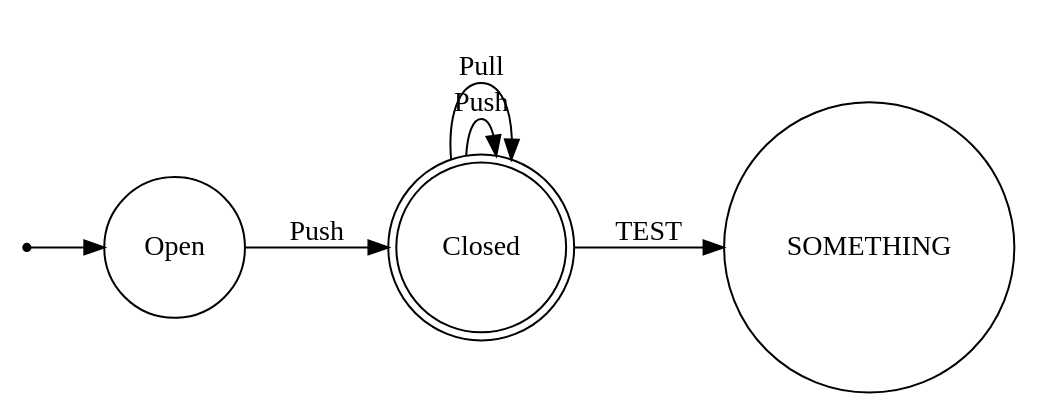
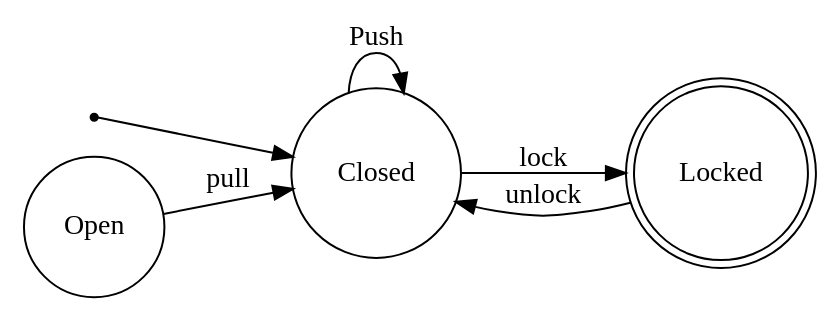
The diagram in bin/graph.gv (P4-Group2-Compiler/P4-State-Lang), drawn with Graphviz before and after one commit. The commit also changed 5 other files, not shown here.

```diff
--- a/bin/graph.gv
+++ b/bin/graph.gv
@@ -1,11 +1,11 @@
-digraph M {
+digraph Door {
  rankdir = LR;
  node [shape = circle;];
  null [shape = point;];
-null -> Open;
-Open -> Closed [label="Push"];
+null -> Closed;
 Closed -> Closed [label="Push"];
-Closed -> Closed [label="Pull"];
-Closed -> SOMETHING [label="TEST"];
-Closed [shape = doublecircle;];
+Closed -> Locked [label="lock"];
+Open -> Closed [label="pull"];
+Locked -> Closed [label="unlock"];
+Locked [shape = doublecircle;];
 }
```
